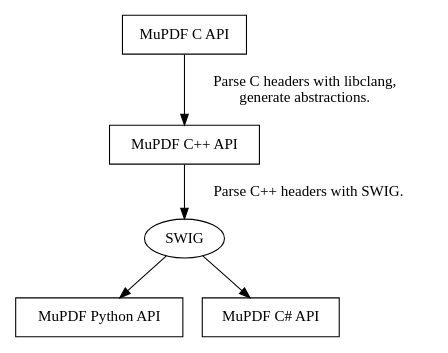
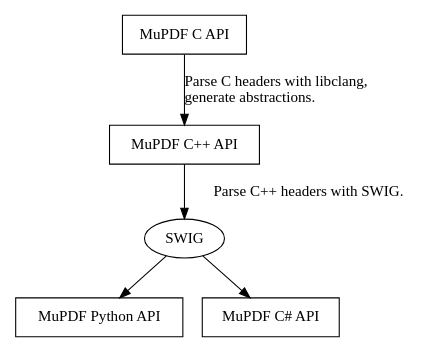
The diagram in mupdf/docs/src/language-bindings.rst (sumatrapdfreader/sumatrapdf), drawn with Graphviz before and after one commit. The commit also changed other lines of this file and 13 other files, not shown here.

```diff
--- a/mupdf/docs/src/language-bindings.rst
+++ b/mupdf/docs/src/language-bindings.rst
@@ -33,19 +44,19 @@
 .. graphviz::
 
     digraph
     {
       size="4,4";
       labeljust=l;
 
       "MuPDF C API" [shape="rectangle"]
       "MuPDF C++ API" [shape="rectangle"]
       "SWIG" [shape="oval"]
       "MuPDF Python API" [shape="rectangle"]
       "MuPDF C# API" [shape="rectangle"]
 
-      "MuPDF C API" -> "MuPDF C++ API" [label=" Parse C headers with libclang,\n generate abstractions." labeljust=l]
+      "MuPDF C API" -> "MuPDF C++ API" [label=" Parse C headers with libclang,\l generate abstractions.\l"]
 
       "MuPDF C++ API" -> "SWIG" [label=" Parse C++ headers with SWIG."]
       "SWIG" -> "MuPDF Python API"
       "SWIG" -> "MuPDF C# API"
     }
```
